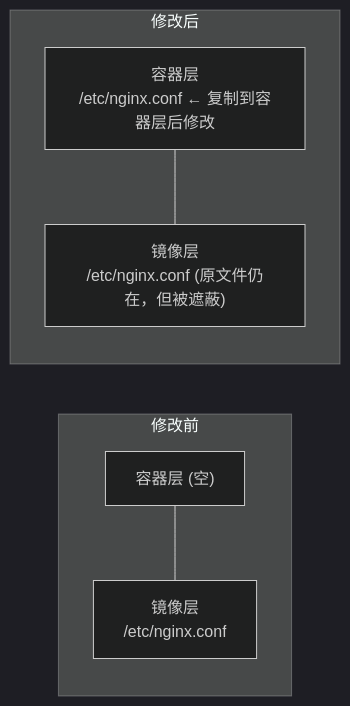
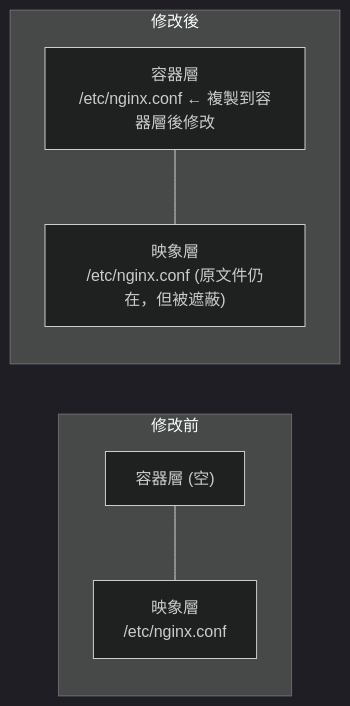
Before and after one commit to doggy8088/docker_practice: the third of 4 diagrams in 12_implementation/12.4_ufs.md, drawn with Mermaid (dark theme). The commit also changed other lines of this file and 211 other files, not shown here.

````diff
--- a/12_implementation/12.4_ufs.md
+++ b/12_implementation/12.4_ufs.md
@@ -64,16 +64,16 @@
 ```mermaid
 flowchart LR
     subgraph Before ["修改前"]
         direction TB
-        B_C["容器层 (空)"]
-        B_I["镜像层<br/>/etc/nginx.conf"]
+        B_C["容器層 (空)"]
+        B_I["映象層<br/>/etc/nginx.conf"]
     end
 
-    subgraph After ["修改后"]
+    subgraph After ["修改後"]
         direction TB
-        A_C["容器层<br/>/etc/nginx.conf ← 复制到容器层后修改"]
-        A_I["镜像层<br/>/etc/nginx.conf (原文件仍在，但被遮蔽)"]
+        A_C["容器層<br/>/etc/nginx.conf ← 複製到容器層後修改"]
+        A_I["映象層<br/>/etc/nginx.conf (原文件仍在，但被遮蔽)"]
     end
     B_C --- B_I
     A_C --- A_I
 ```
````
